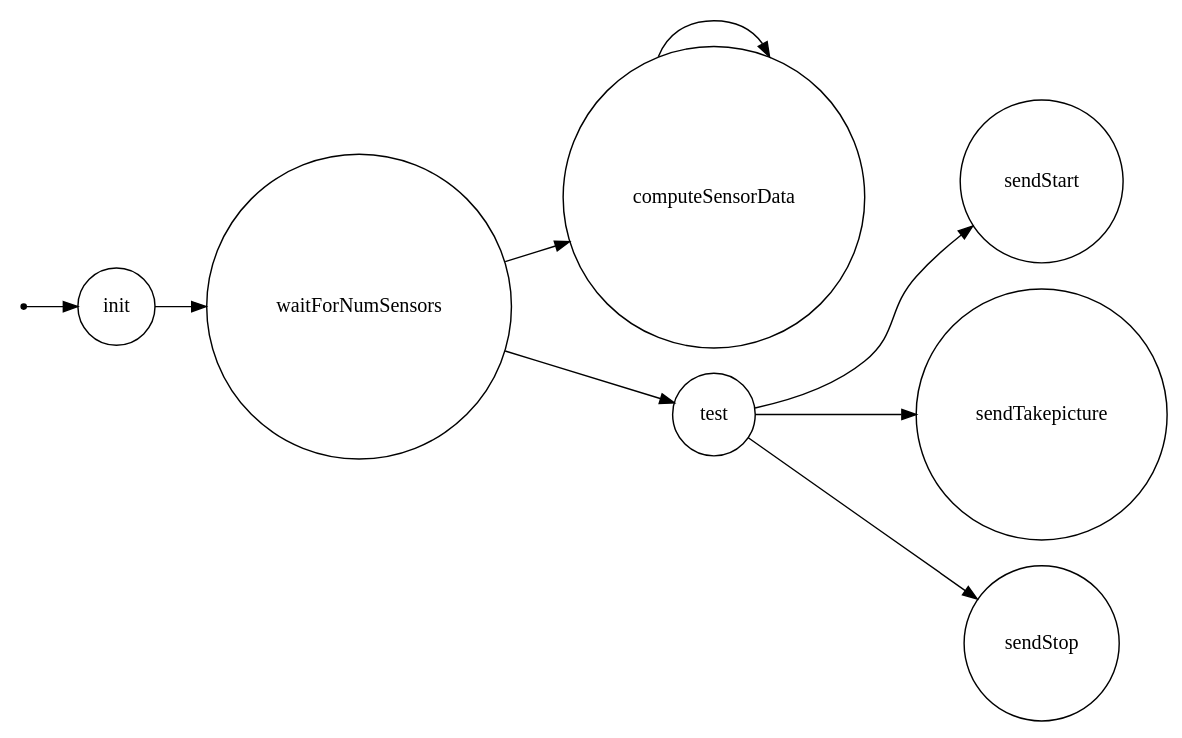
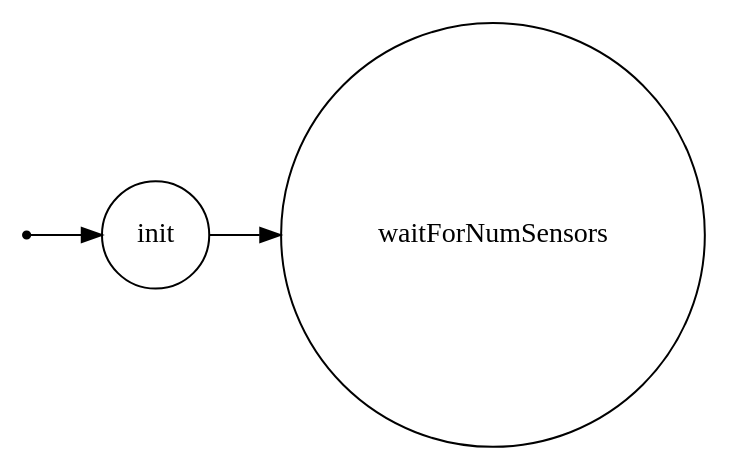
The diagram in srcMore/it/unibo/control/dotFsm.gv (piercosta/mengoli), drawn with Graphviz before and after one commit. The commit also changed 95 other files, not shown here.

```diff
--- a/srcMore/it/unibo/control/dotFsm.gv
+++ b/srcMore/it/unibo/control/dotFsm.gv
@@ -1,29 +1,20 @@
 /*
 *
 * A GraphViz DOT FSM description 
 * Please use a GraphViz visualizer (like http://www.webgraphviz.com)
 * 
 * Generated by AM,NC,RM
 *  
 */
  
 digraph finite_state_machine {
   	rankdir=LR;
   	size="8,5"
   	node [shape = point]; iniziale;
   	node [shape = doublecircle]; 
   	node [shape = circle];
   	iniziale -> init [label = ""];
   	
   	
   	init -> waitForNumSensors [ label = ""];
-  	
-  	waitForNumSensors -> computeSensorData [ label = ""];
-  	waitForNumSensors -> test [ label = ""];
-  	
-  	computeSensorData -> computeSensorData [ label = ""];
-  	
-  	test -> sendStart [ label = ""];
-  	test -> sendTakepicture [ label = ""];
-  	test -> sendStop [ label = ""];
 }
```
